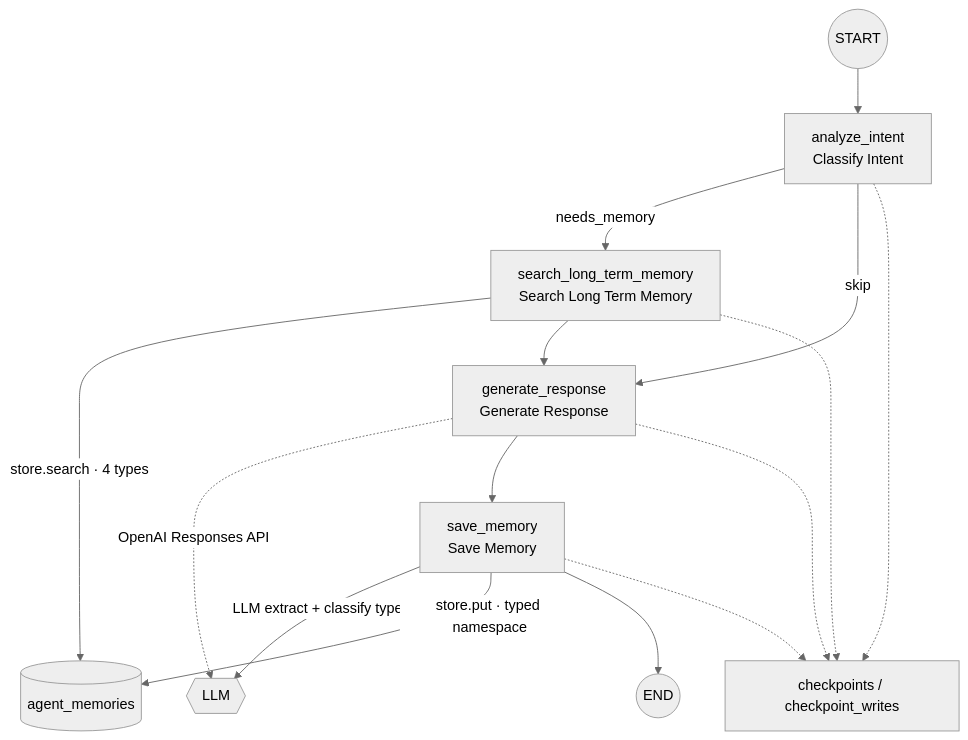
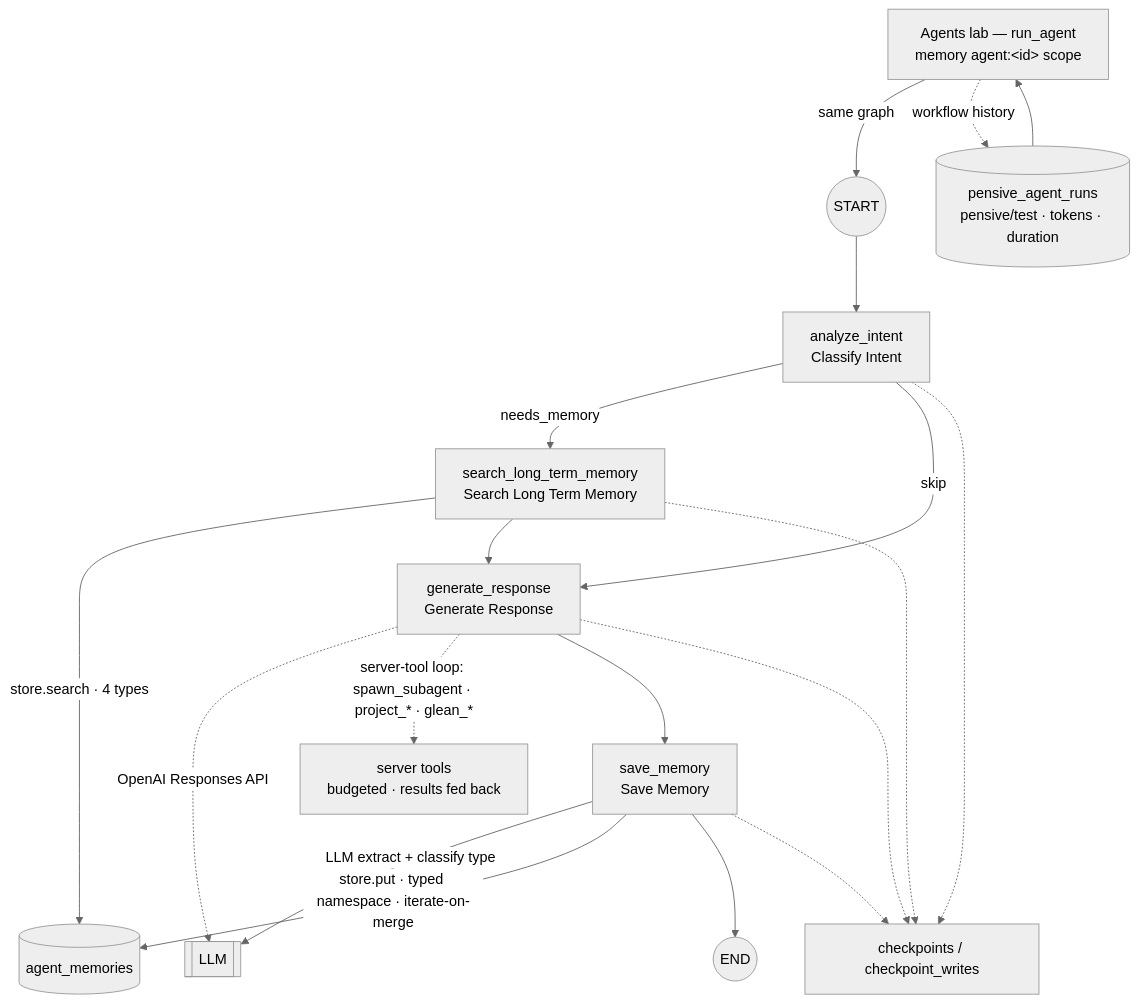
Before and after one commit to newellbrandon/pensive-langchain: the second of 2 diagrams in README.md, drawn with Mermaid (neutral theme). The commit also changed other lines of this file, not shown here.

First line of the commit message:
README: refresh architecture diagrams + console docs for current system

````diff
--- a/README.md
+++ b/README.md
@@ -34,22 +46,27 @@
 ```mermaid
 flowchart TD
   startNode((START)) --> analyze["analyze_intent<br/>Classify Intent"]
 
   analyze -->|"needs_memory"| search["search_long_term_memory<br/>Search Long Term Memory"]
   analyze -->|"skip"| generate["generate_response<br/>Generate Response"]
 
-  search -->|"store.search · 4 types"| agentMem[(agent_memories)]
+  search -->|"store.search · 4 types"| agentMem[("agent_memories")]
   search --> generate
 
-  generate -.->|OpenAI Responses API| llmNode{{LLM}}
+  generate -.->|"OpenAI Responses API"| llmNode[["LLM"]]
+  generate -.->|"server-tool loop: spawn_subagent · project_* · glean_*"| serverTools["server tools<br/>budgeted · results fed back"]
   generate --> save["save_memory<br/>Save Memory"]
 
   save -->|"LLM extract + classify type"| llmNode
-  save -->|"store.put · typed namespace"| agentMem
+  save -->|"store.put · typed namespace · iterate-on-merge"| agentMem
   save --> endNode((END))
+
+  agentLab["Agents lab — run_agent<br/>memory agent:&lt;id&gt; scope"] -->|"same graph"| startNode
+  agentLab -.->|"workflow history"| runs2[("pensive_agent_runs<br/>pensive/test · tokens · duration")]
+  runs2 --> agentLab
 
   analyze -.-> cpNote["checkpoints / checkpoint_writes"]
   search -.-> cpNote
   generate -.-> cpNote
   save -.-> cpNote
 ```
````
